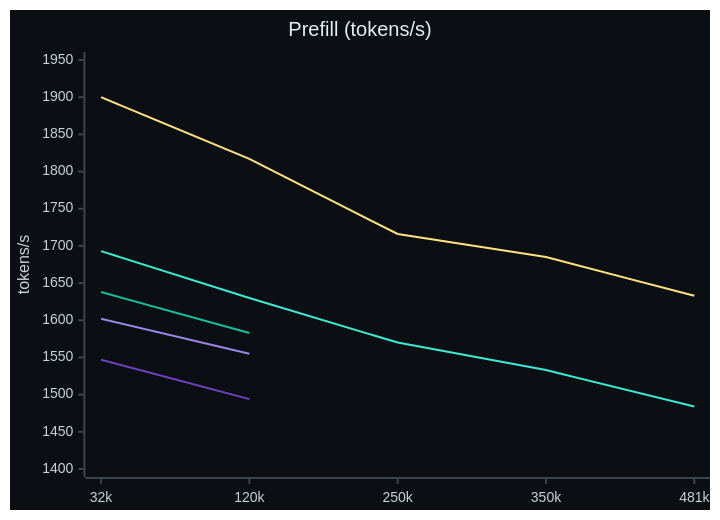
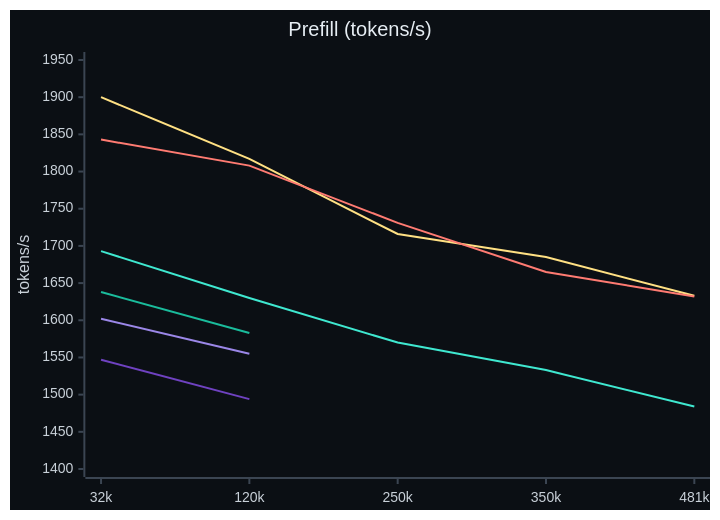
Before and after one commit to Cheblan/fastasfuck: the first of 2 diagrams in README.md, drawn with Mermaid. The commit also changed other lines of this file, not shown here.

````diff
--- a/README.md
+++ b/README.md
@@ -30,12 +31,13 @@
 ```mermaid
-%%{init: {"theme": "base", "themeVariables": {"xyChart": {"backgroundColor": "#0b0f14", "titleColor": "#e6edf3", "xAxisLabelColor": "#c9d1d9", "yAxisLabelColor": "#c9d1d9", "xAxisTitleColor": "#c9d1d9", "yAxisTitleColor": "#c9d1d9", "xAxisLineColor": "#3b4552", "yAxisLineColor": "#3b4552", "xAxisTickColor": "#3b4552", "yAxisTickColor": "#3b4552", "plotColorPalette": "#6f42c1, #9b87e8, #1abc9c, #3fe8d0, #ffe083"}}}}%%
+%%{init: {"theme": "base", "themeVariables": {"xyChart": {"backgroundColor": "#0b0f14", "titleColor": "#e6edf3", "xAxisLabelColor": "#c9d1d9", "yAxisLabelColor": "#c9d1d9", "xAxisTitleColor": "#c9d1d9", "yAxisTitleColor": "#c9d1d9", "xAxisLineColor": "#3b4552", "yAxisLineColor": "#3b4552", "xAxisTickColor": "#3b4552", "yAxisTickColor": "#3b4552", "plotColorPalette": "#6f42c1, #9b87e8, #1abc9c, #3fe8d0, #ffe083, #ff7b72"}}}}%%
 xychart-beta
     title "Prefill (tokens/s)"
     x-axis ["32k", "120k", "250k", "350k", "481k"]
     y-axis "tokens/s" 1400 --> 1950
     line [1547, 1494]
     line [1602, 1555]
     line [1638, 1583]
     line [1693, 1630, 1570, 1533, 1484]
     line [1900, 1817, 1716, 1685, 1633]
+    line [1843, 1808, 1731, 1665, 1632]
 ```
````
